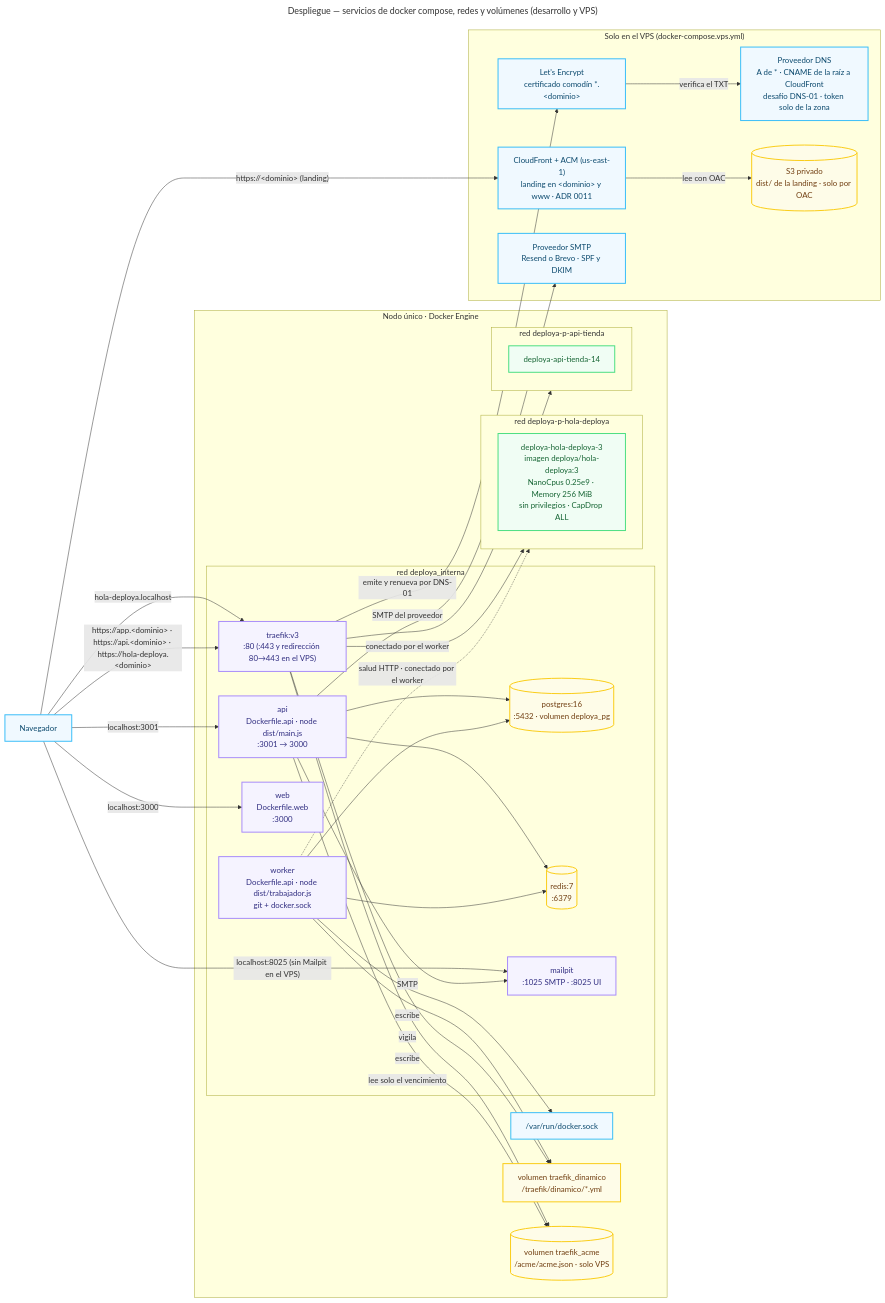
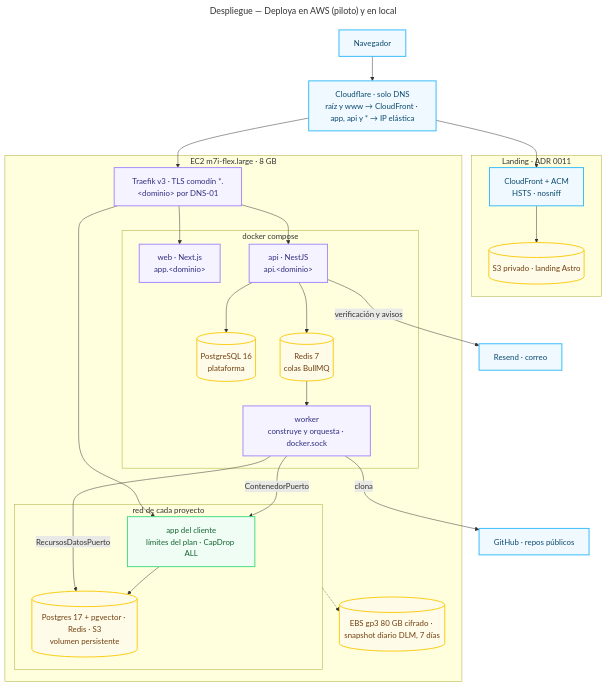
One commit to derekCmorales/deploya changed the fifth of 31 diagrams in docs/arquitectura-maestro.md. Above: the diagram before and after it, drawn with Mermaid. The commit also changed other lines of this file and 63 other files, not shown here.

````diff
--- a/docs/arquitectura-maestro.md
+++ b/docs/arquitectura-maestro.md
@@ -339,72 +339,57 @@
 ```mermaid
 ---
-title: Despliegue — servicios de docker compose, redes y volúmenes (desarrollo y VPS)
+title: Despliegue — Deploya en AWS (piloto) y en local
 ---
-flowchart LR
-    subgraph HOST["Nodo único · Docker Engine"]
-        subgraph RED_INTERNA["red deploya_interna"]
-            PG[("postgres:16<br/>:5432 · volumen deploya_pg")]
-            RD[("redis:7<br/>:6379")]
-            API["api<br/>Dockerfile.api · node dist/main.js<br/>:3001 → 3000"]
-            WK["worker<br/>Dockerfile.api · node dist/trabajador.js<br/>git + docker.sock"]
-            WEB["web<br/>Dockerfile.web<br/>:3000"]
-            MP["mailpit<br/>:1025 SMTP · :8025 UI"]
-            TR["traefik:v3<br/>:80 (:443 y redirección 80→443 en el VPS)"]
-        end
+flowchart TB
+    NAV["Navegador"]
+    DNS["Cloudflare · solo DNS<br/>raíz y www → CloudFront · app, api y * → IP elástica"]
 
-        subgraph RED_P1["red deploya-p-hola-deploya"]
-            C1["deploya-hola-deploya-3<br/>imagen deploya/hola-deploya:3<br/>NanoCpus 0.25e9 · Memory 256 MiB<br/>sin privilegios · CapDrop ALL"]
-        end
-
-        subgraph RED_P2["red deploya-p-api-tienda"]
-            C2["deploya-api-tienda-14"]
-        end
-
-        SOCK["/var/run/docker.sock"]
-        VOL["volumen traefik_dinamico<br/>/traefik/dinamico/*.yml"]
-        ACME[("volumen traefik_acme<br/>/acme/acme.json · solo VPS")]
+    subgraph LANDING["Landing · ADR 0011"]
+        CF["CloudFront + ACM<br/>HSTS · nosniff"]
+        S3L[("S3 privado · landing Astro")]
     end
 
-    subgraph EXTERNOS["Solo en el VPS (docker-compose.vps.yml)"]
-        LE["Let's Encrypt<br/>certificado comodín *.&lt;dominio&gt;"]
-        DNS["Proveedor DNS<br/>A de * · CNAME de la raíz a CloudFront<br/>desafío DNS-01 · token solo de la zona"]
-        CF["CloudFront + ACM (us-east-1)<br/>landing en &lt;dominio&gt; y www · ADR 0011"]
-        S3[("S3 privado<br/>dist/ de la landing · solo por OAC")]
-        SMTP["Proveedor SMTP<br/>Resend o Brevo · SPF y DKIM"]
+    subgraph EC2["EC2 m7i-flex.large · 8 GB"]
+        TR["Traefik v3 · TLS comodín *.&lt;dominio&gt; por DNS-01"]
+        subgraph PLATAFORMA["docker compose"]
+            WEB["web · Next.js<br/>app.&lt;dominio&gt;"]
+            API["api · NestJS<br/>api.&lt;dominio&gt;"]
+            WK["worker<br/>construye y orquesta · docker.sock"]
+            PG[("PostgreSQL 16<br/>plataforma")]
+            RD[("Redis 7<br/>colas BullMQ")]
+        end
+        subgraph PROYECTO["red de cada proyecto"]
+            C1["app del cliente<br/>límites del plan · CapDrop ALL"]
+            DATOS[("Postgres 17 + pgvector · Redis · S3<br/>volumen persistente")]
+        end
+        EBS[("EBS gp3 80 GB cifrado · snapshot diario DLM, 7 días")]
     end
 
-    NAV["Navegador"]
+    GH["GitHub · repos públicos"]
+    SMTP["Resend · correo"]
 
-    NAV -->|"localhost:3000"| WEB
-    NAV -->|"localhost:3001"| API
-    NAV -->|"hola-deploya.localhost"| TR
-    NAV -->|"localhost:8025 (sin Mailpit en el VPS)"| MP
-    NAV -->|"https://app.&lt;dominio&gt; · https://api.&lt;dominio&gt; · https://hola-deploya.&lt;dominio&gt;"| TR
-    NAV -->|"https://&lt;dominio&gt; (landing)"| CF
-    CF -->|"lee con OAC"| S3
-    TR -->|"emite y renueva por DNS-01"| LE
-    LE -->|"verifica el TXT"| DNS
-    TR -->|"escribe"| ACME
-    API -->|"lee solo el vencimiento"| ACME
-    API -->|"SMTP del proveedor"| SMTP
+    NAV --> DNS
+    DNS --> CF --> S3L
+    DNS --> TR
+    TR --> WEB
+    TR --> API
+    TR --> C1
     API --> PG
     API --> RD
-    API -->|SMTP| MP
-    WK --> RD
-    WK --> PG
-    WK --> SOCK
-    WK -->|escribe| VOL
-    TR -->|"vigila"| VOL
-    TR -->|"conectado por el worker"| RED_P1
-    TR --> RED_P2
-    WK -.->|"salud HTTP · conectado por el worker"| RED_P1
+    RD --> WK
+    WK -->|"clona"| GH
+    WK -->|"ContenedorPuerto"| C1
+    WK -->|"RecursosDatosPuerto"| DATOS
+    C1 --> DATOS
+    API -->|"verificación y avisos"| SMTP
+    PROYECTO -.-> EBS
 
     classDef data fill:#fefce8,stroke:#facc15,stroke-width:2px,color:#713f12
     classDef app fill:#f5f3ff,stroke:#a78bfa,stroke-width:2px,color:#312e81
     classDef cliente fill:#f0fdf4,stroke:#4ade80,stroke-width:2px,color:#166534
     classDef ext fill:#f0f9ff,stroke:#38bdf8,stroke-width:2px,color:#0c4a6e
-    class PG,RD,VOL,ACME,S3 data
-    class API,WK,WEB,MP,TR app
-    class C1,C2 cliente
-    class SOCK,NAV,LE,DNS,SMTP,CF ext
+    class PG,RD,S3L,DATOS,EBS data
+    class API,WK,WEB,TR app
+    class C1 cliente
+    class NAV,DNS,SMTP,CF,GH ext
 ```
````
